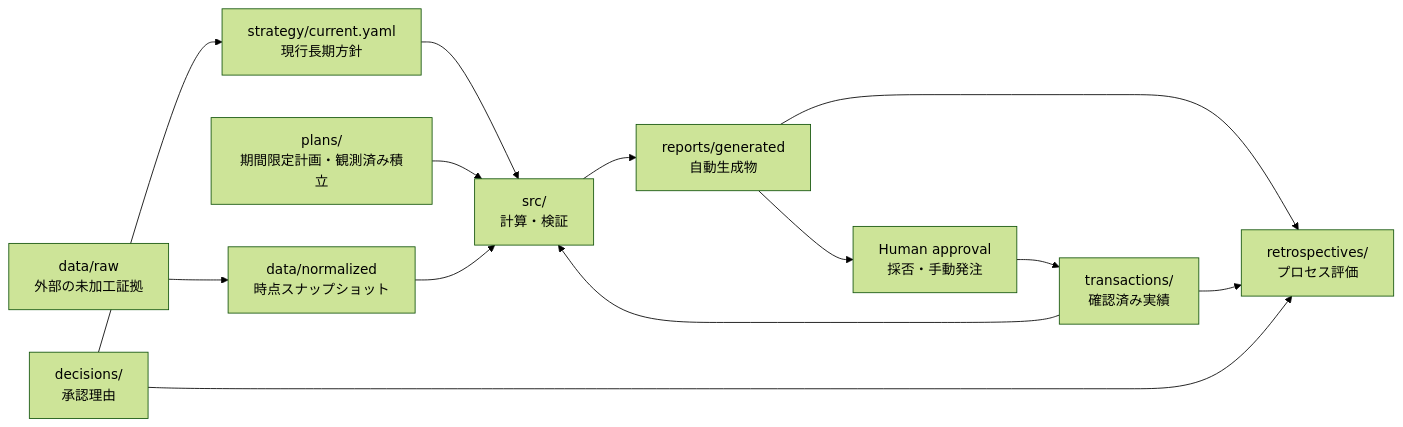
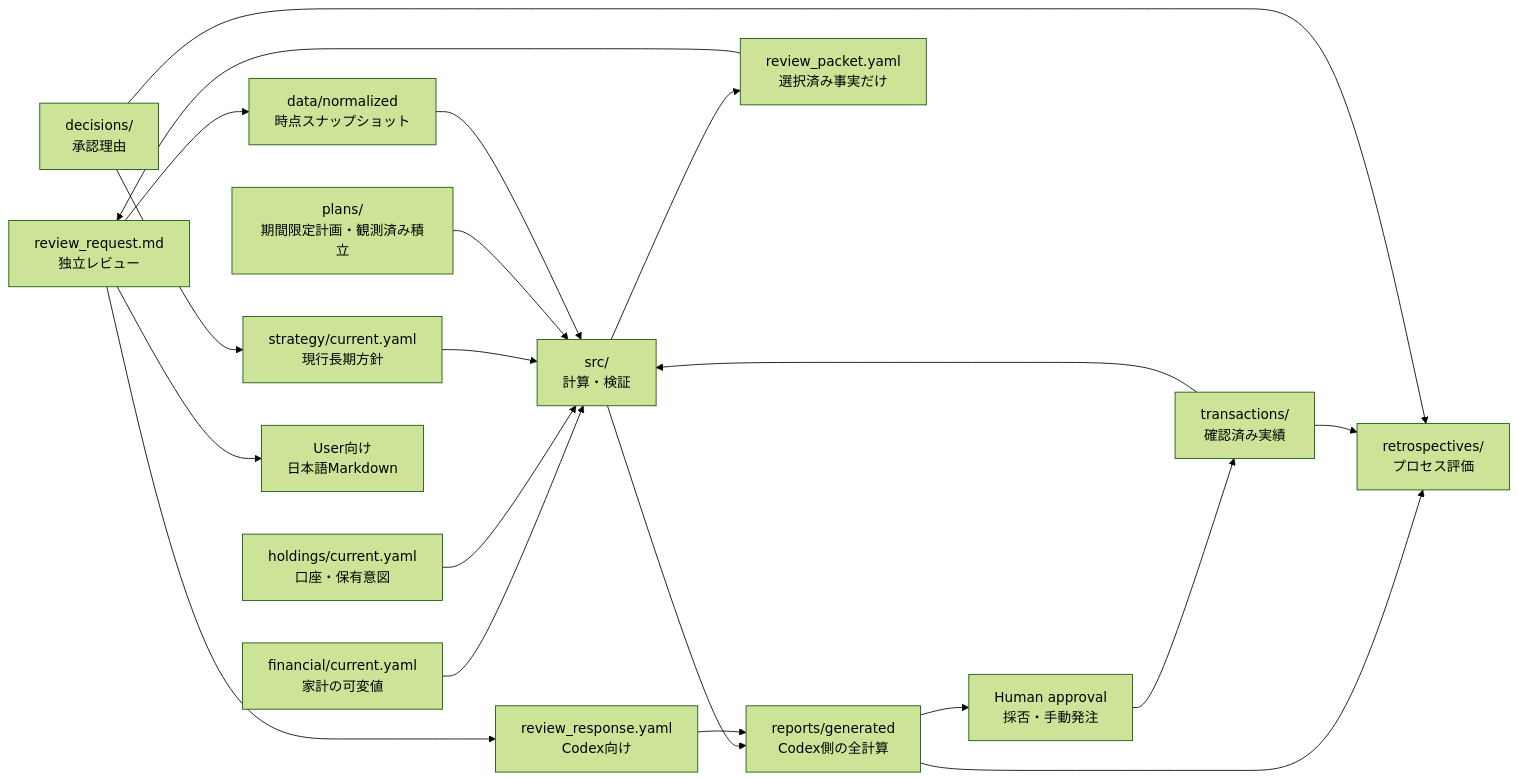
Before and after one commit to tpyosh/dip-buy-engine: the diagram in docs/architecture.md, drawn with Mermaid (forest theme). The commit also changed other lines of this file and 71 other files, not shown here.

````diff
--- a/docs/architecture.md
+++ b/docs/architecture.md
@@ -5,15 +5,22 @@
 ```mermaid
 flowchart LR
     R["data/raw<br/>外部の未加工証拠"] --> N["data/normalized<br/>時点スナップショット"]
+    F["financial/current.yaml<br/>家計の可変値"] --> C
+    M["holdings/current.yaml<br/>口座・保有意図"] --> C
     S["strategy/current.yaml<br/>現行長期方針"] --> C["src/<br/>計算・検証"]
     P["plans/<br/>期間限定計画・観測済み積立"] --> C
     N --> C
     T["transactions/<br/>確認済み実績"] --> C
-    C --> G["reports/generated<br/>自動生成物"]
+    C --> G["reports/generated<br/>Codex側の全計算"]
+    C --> Q["review_packet.yaml<br/>選択済み事実だけ"]
+    Q --> R["review_request.md<br/>独立レビュー"]
+    R --> U["User向け<br/>日本語Markdown"]
+    R --> Y["review_response.yaml<br/>Codex向け"]
+    Y --> G
     G --> H["Human approval<br/>採否・手動発注"]
     H --> T
     D["decisions/<br/>承認理由"] --> S
     G --> X["retrospectives/<br/>プロセス評価"]
     T --> X
     D --> X
 ```
````
